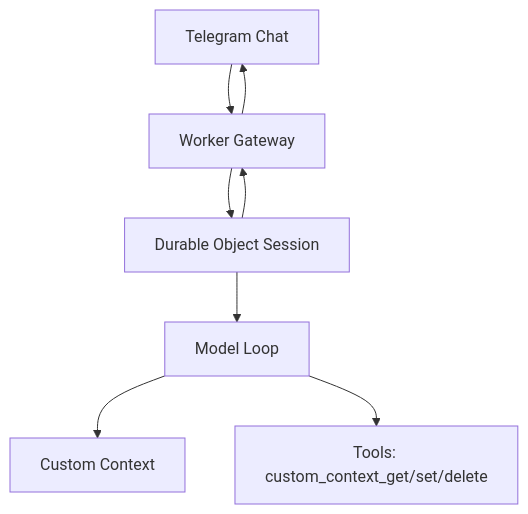
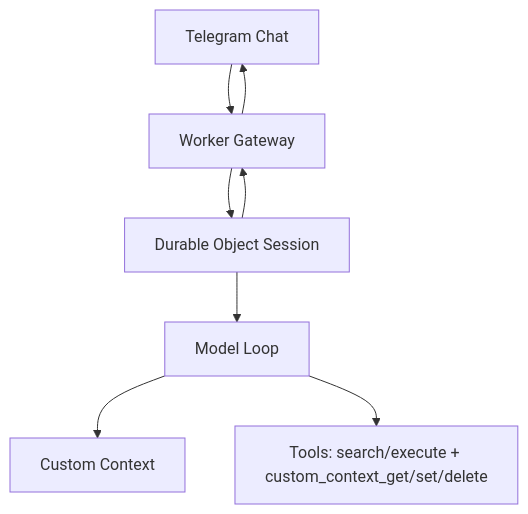
The diagram in README.md (drevantonder/dreclaw), drawn with Mermaid before and after one commit. The commit also changed other lines of this file and 1 other file, not shown here.

Commit message:
docs(config): document code mode tools and limits

````diff
--- a/README.md
+++ b/README.md
@@ -15,9 +15,9 @@
 ```mermaid
 flowchart TD
   U[Telegram Chat] --> W[Worker Gateway]
   W --> DO[Durable Object Session]
   DO --> M[Model Loop]
   M --> CC[Custom Context]
-  M --> T[Tools: custom_context_get/set/delete]
+  M --> T[Tools: search/execute + custom_context_get/set/delete]
   DO --> W --> U
 ```
````
